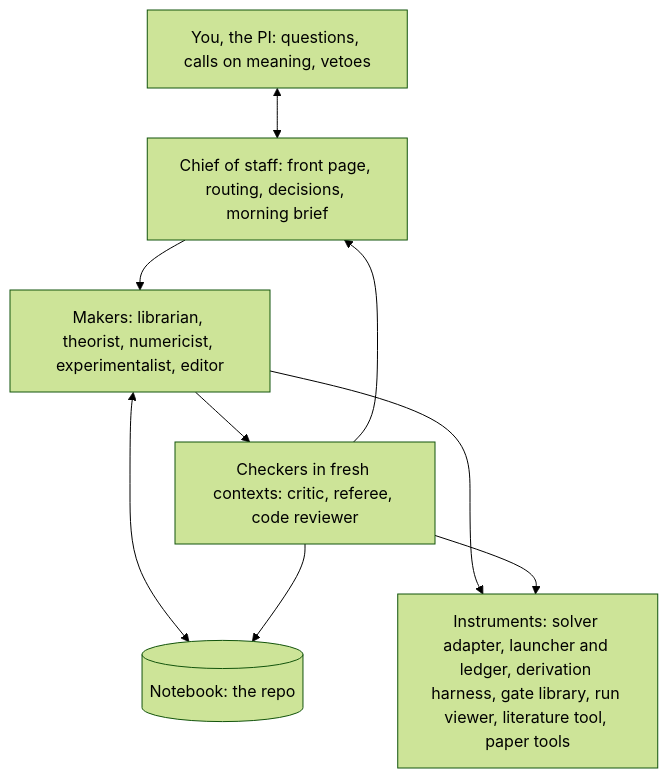
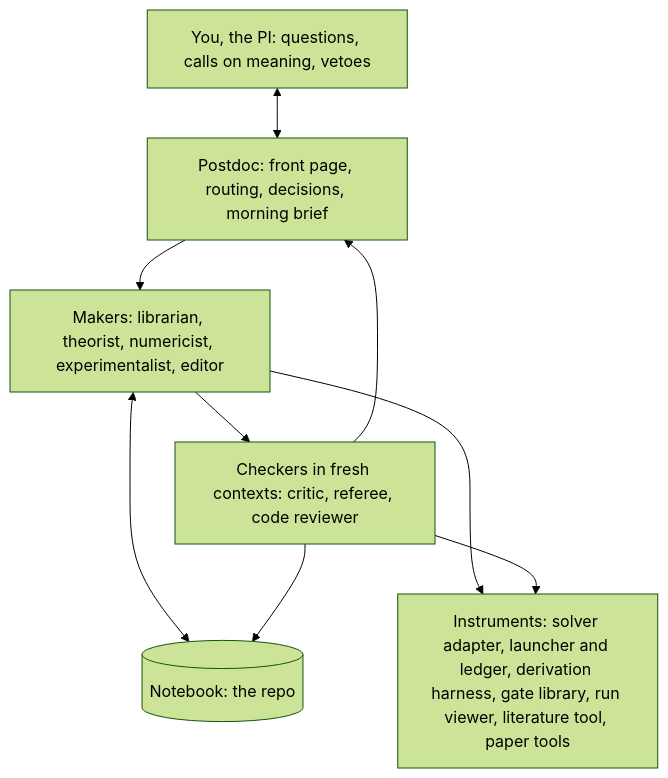
The diagram in docs/physics_stack.md (anjor/krmhd-research), drawn with Mermaid (forest theme) before and after one commit. The commit also changed other lines of this file, not shown here.

First line of the commit message:
docs/physics_stack.md: call the coordinating role the postdoc

````diff
--- a/docs/physics_stack.md
+++ b/docs/physics_stack.md
@@ -81,17 +81,17 @@
 ```mermaid
 flowchart TB
   PI["You, the PI: questions, calls on meaning, vetoes"]
-  CS["Chief of staff: front page, routing, decisions, morning brief"]
+  CS["Postdoc: front page, routing, decisions, morning brief"]
   MK["Makers: librarian, theorist, numericist, experimentalist, editor"]
   CK["Checkers in fresh contexts: critic, referee, code reviewer"]
   NB[("Notebook: the repo")]
   IN["Instruments: solver adapter, launcher and ledger, derivation harness, gate library, run viewer, literature tool, paper tools"]
   PI <--> CS
   CS --> MK
   MK --> CK
   CK --> CS
   MK <--> NB
   CK --> NB
   MK --> IN
   CK --> IN
 ```
````
